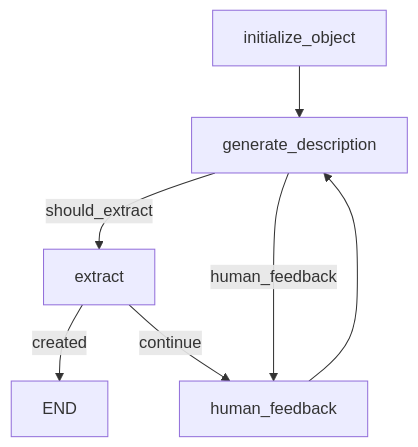
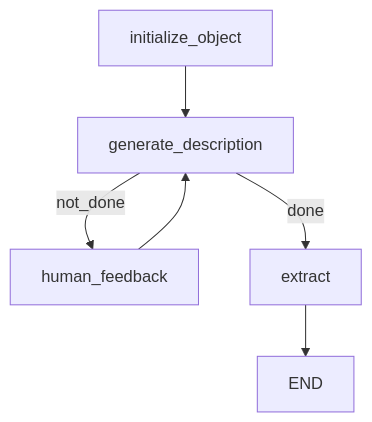
One commit to mary-el/storyteLLer changed the second of 2 diagrams in README.md. Above: the diagram before and after it, drawn with Mermaid. The commit also changed other lines of this file and 12 other files, not shown here.

````diff
--- a/README.md
+++ b/README.md
@@ -122,9 +120,8 @@
 ```mermaid
 flowchart TD
   initialize_object --> generate_description
   human_feedback --> generate_description
-  generate_description -->|should_extract| extract
-  generate_description -->|human_feedback| human_feedback
-  extract -->|created| END
-  extract -->|continue| human_feedback
+  generate_description -->|not_done| human_feedback
+  generate_description -->|done| extract
+  extract --> END
 ```
````
